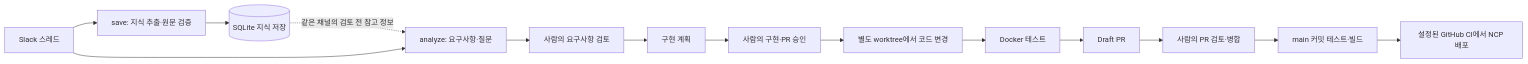
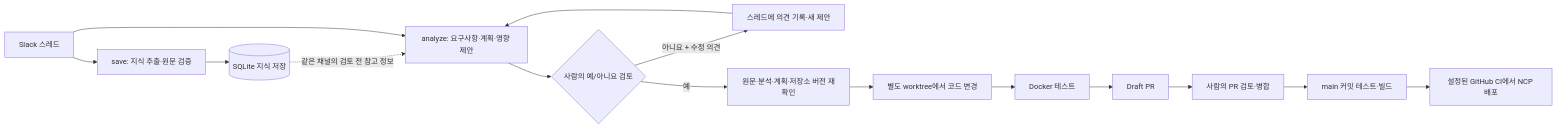
Before and after one commit to vipwhy12/slack-dev-assistant: the diagram in README.md, drawn with Mermaid. The commit also changed other lines of this file and 26 other files, not shown here.

````diff
--- a/README.md
+++ b/README.md
@@ -15,16 +22,17 @@
 ```mermaid
 flowchart LR
   S[Slack 스레드] --> K[save: 지식 추출·원문 검증]
   K --> DB[(SQLite 지식 저장)]
   DB -. 같은 채널의 검토 전 참고 정보 .-> A
-  S --> A[analyze: 요구사항·질문]
-  A --> R[사람의 요구사항 검토]
-  R --> P[구현 계획]
-  P --> G[사람의 구현·PR 승인]
-  G --> I[별도 worktree에서 코드 변경]
+  S --> A[analyze: 요구사항·계획·영향 제안]
+  A --> G{사람의 예/아니요 검토}
+  G -- 아니요 + 수정 의견 --> F[스레드에 의견 기록·새 제안]
+  F --> A
+  G -- 예 --> V[원문·분석·계획·저장소 버전 재확인]
+  V --> I[별도 worktree에서 코드 변경]
   I --> T[Docker 테스트]
   T --> PR[Draft PR]
   PR --> H[사람의 PR 검토·병합]
   H --> CI[main 커밋 테스트·빌드]
   CI --> D[설정된 GitHub CI에서 NCP 배포]
 ```
````
